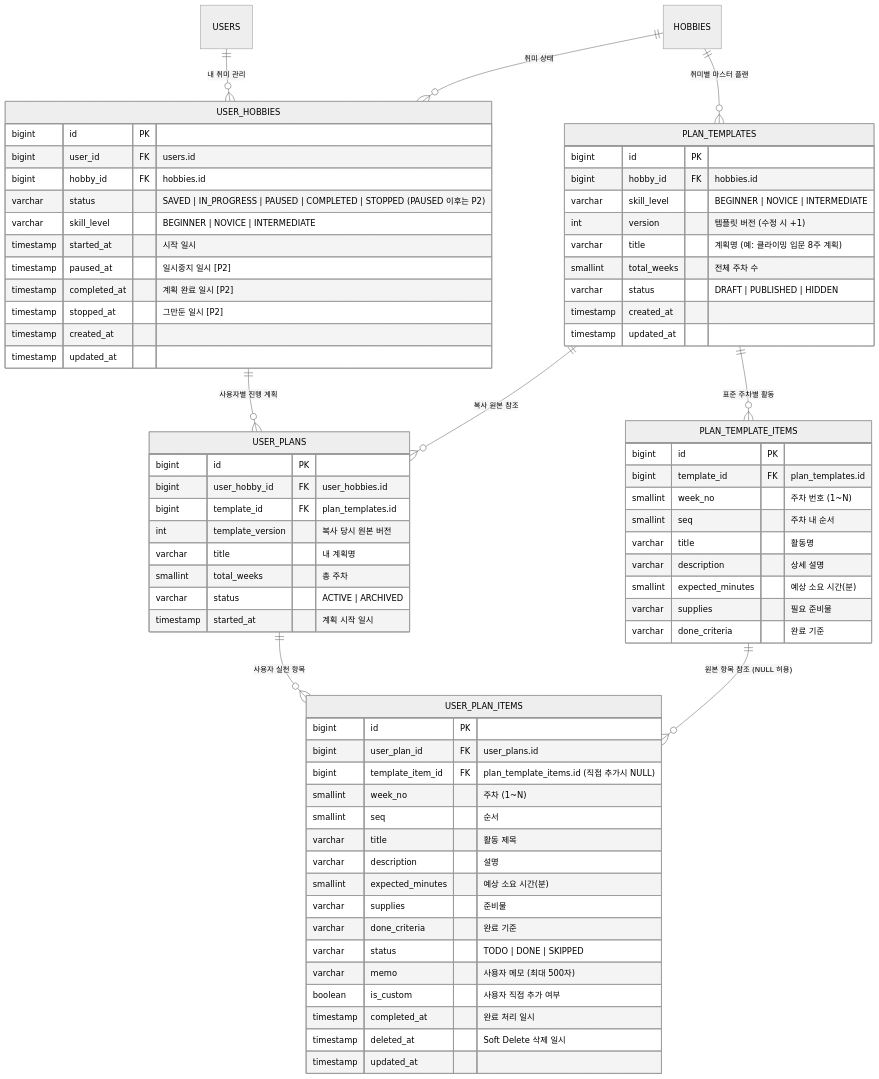
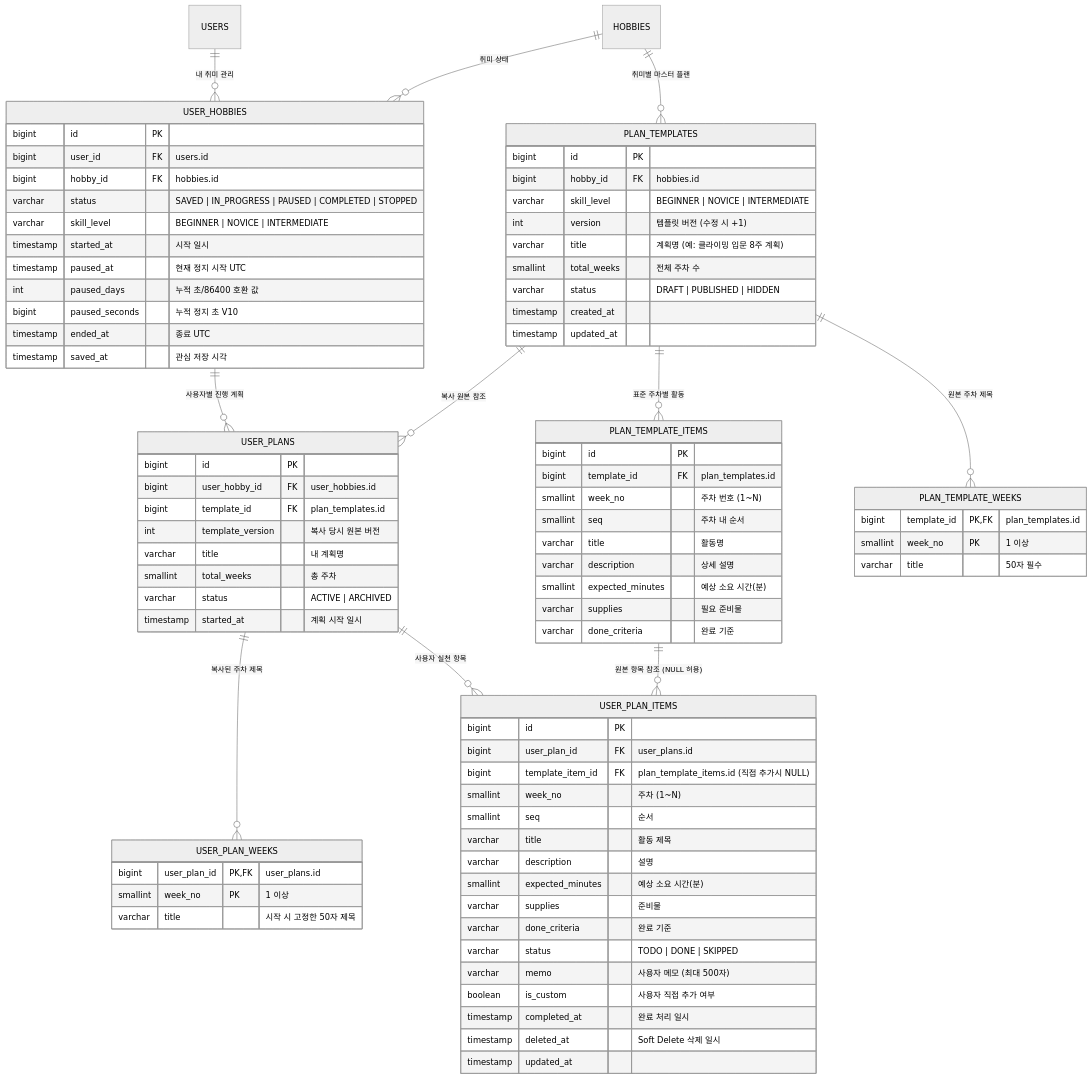
Before and after one commit to MinBeom2/NyamNyamHobby: the sixth of 8 diagrams in repo/docs/db/ERD.md, drawn with Mermaid (neutral theme). The commit also changed other lines of this file and 37 other files, not shown here.

```diff
--- a/repo/docs/db/ERD.md
+++ b/repo/docs/db/ERD.md
@@ -382,19 +386,21 @@
     PLAN_TEMPLATES ||--o{ USER_PLANS : "복사 원본 참조"
     USER_PLANS ||--o{ USER_PLAN_ITEMS : "사용자 실천 항목"
     PLAN_TEMPLATE_ITEMS ||--o{ USER_PLAN_ITEMS : "원본 항목 참조 (NULL 허용)"
+    PLAN_TEMPLATES ||--o{ PLAN_TEMPLATE_WEEKS : "원본 주차 제목"
+    USER_PLANS ||--o{ USER_PLAN_WEEKS : "복사된 주차 제목"
 
     USER_HOBBIES {
         bigint id PK
         bigint user_id FK "users.id"
         bigint hobby_id FK "hobbies.id"
-        varchar status "SAVED | IN_PROGRESS | PAUSED | COMPLETED | STOPPED (PAUSED 이후는 P2)"
+        varchar status "SAVED | IN_PROGRESS | PAUSED | COMPLETED | STOPPED"
         varchar skill_level "BEGINNER | NOVICE | INTERMEDIATE"
         timestamp started_at "시작 일시"
-        timestamp paused_at "일시중지 일시 [P2]"
-        timestamp completed_at "계획 완료 일시 [P2]"
-        timestamp stopped_at "그만둔 일시 [P2]"
-        timestamp created_at
-        timestamp updated_at
+        timestamp paused_at "현재 정지 시작 UTC"
+        int paused_days "누적 초/86400 호환 값"
+        bigint paused_seconds "누적 정지 초 V10"
+        timestamp ended_at "종료 UTC"
+        timestamp saved_at "관심 저장 시각"
     }
 
     PLAN_TEMPLATES {
@@ -432,6 +438,18 @@
         timestamp started_at "계획 시작 일시"
     }
 
+    PLAN_TEMPLATE_WEEKS {
+        bigint template_id PK,FK "plan_templates.id"
+        smallint week_no PK "1 이상"
+        varchar title "50자 필수"
+    }
+
+    USER_PLAN_WEEKS {
+        bigint user_plan_id PK,FK "user_plans.id"
+        smallint week_no PK "1 이상"
+        varchar title "시작 시 고정한 50자 제목"
+    }
+
     USER_PLAN_ITEMS {
         bigint id PK
         bigint user_plan_id FK "user_plans.id"
```
